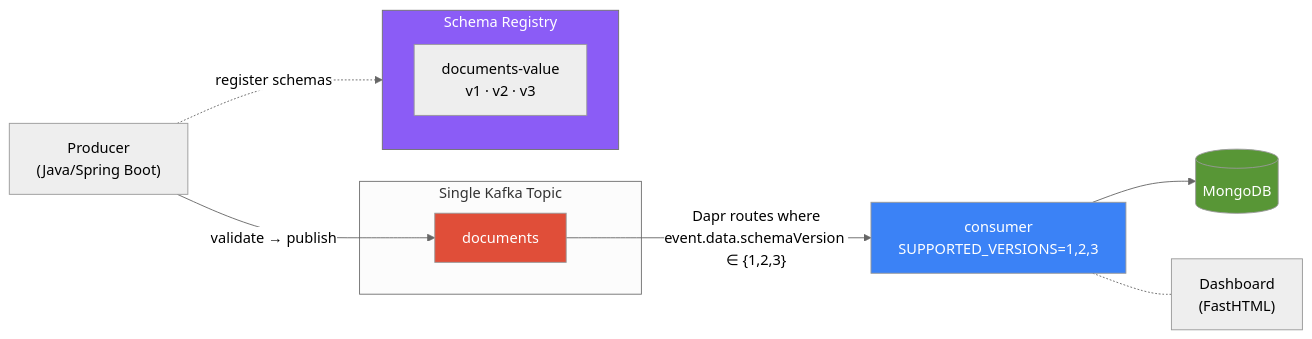
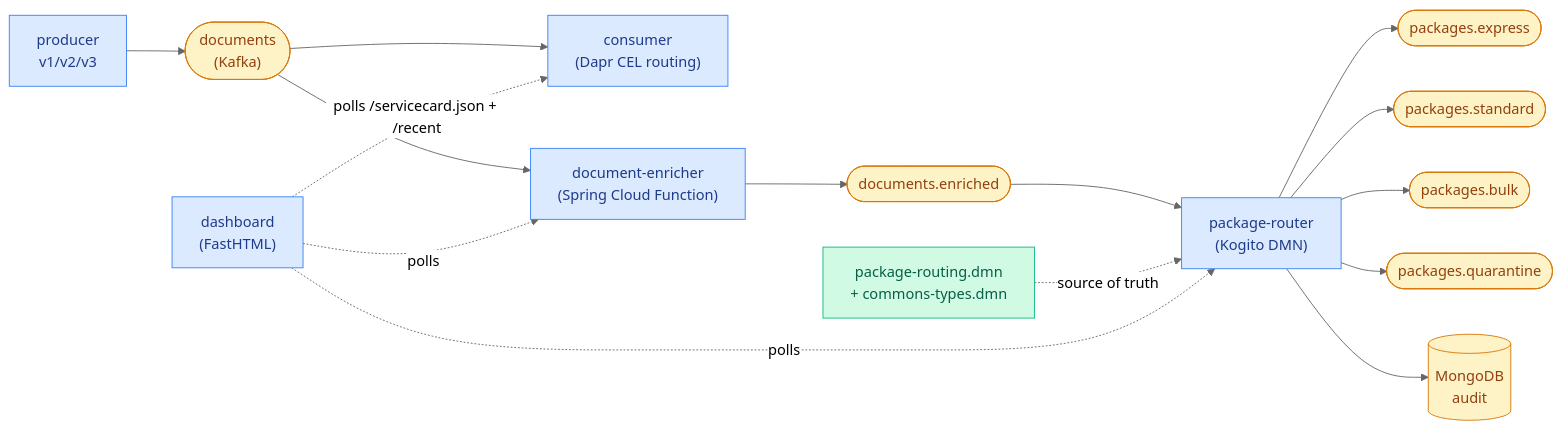
The first of 3 diagrams in README.md (righteouslabs/experiments-kubernetes), drawn with Mermaid (neutral theme) before and after one commit. The commit also changed other lines of this file and 30 other files, not shown here.

First line of the commit message:
Add low-code enrichment stage with Spring Cloud Function

````diff
--- a/README.md
+++ b/README.md
@@ -17,28 +62,33 @@
 ```mermaid
-graph LR
-    P["Producer<br/>(Java/Spring Boot)"]
+flowchart LR
+    P["producer<br/>v1/v2/v3"]:::dev
+    K1(["documents<br/>(Kafka)"]):::shared
+    C["consumer<br/>(Dapr CEL routing)"]:::dev
+    E["document-enricher<br/>(Spring Cloud Function)"]:::dev
+    K2(["documents.enriched"]):::shared
+    R["package-router<br/>(Kogito DMN)"]:::dev
+    DMN["package-routing.dmn<br/>+ commons-types.dmn"]:::po
+    KX(["packages.express"]):::shared
+    KS(["packages.standard"]):::shared
+    KB(["packages.bulk"]):::shared
+    KQ(["packages.quarantine"]):::shared
+    M[("MongoDB<br/>audit")]:::shared
+    D["dashboard<br/>(FastHTML)"]:::dev
 
-    subgraph "Single Kafka Topic"
-        T["documents"]
-    end
+    P --> K1
+    K1 --> C
+    K1 --> E --> K2 --> R
+    DMN -. "source of truth" .-> R
+    R --> KX
+    R --> KS
+    R --> KB
+    R --> KQ
+    R --> M
+    D -. "polls /servicecard.json + /recent" .-> C
+    D -. polls .-> E
+    D -. polls .-> R
 
-    subgraph SR["Schema Registry"]
-        SV["documents-value<br/>v1 · v2 · v3"]
-    end
-
-    C["consumer<br/>SUPPORTED_VERSIONS=1,2,3"]
-
-    M[(MongoDB)]
-    D["Dashboard<br/>(FastHTML)"]
-
-    P -- "validate → publish" --> T
-    P -. "register schemas" .-> SR
-    T -- "Dapr routes where<br/>event.data.schemaVersion ∈ {1,2,3}" --> C
-    C --> M
-    C -.- D
-
-    style T fill:#e04e39,color:#fff
-    style SR fill:#8b5cf6,color:#fff
-    style C fill:#3b82f6,color:#fff
-    style M fill:#589636,color:#fff
+    classDef po fill:#d1fae5,stroke:#10b981,color:#065f46
+    classDef dev fill:#dbeafe,stroke:#3b82f6,color:#1e3a8a
+    classDef shared fill:#fef3c7,stroke:#d97706,color:#92400e
 ```
````
